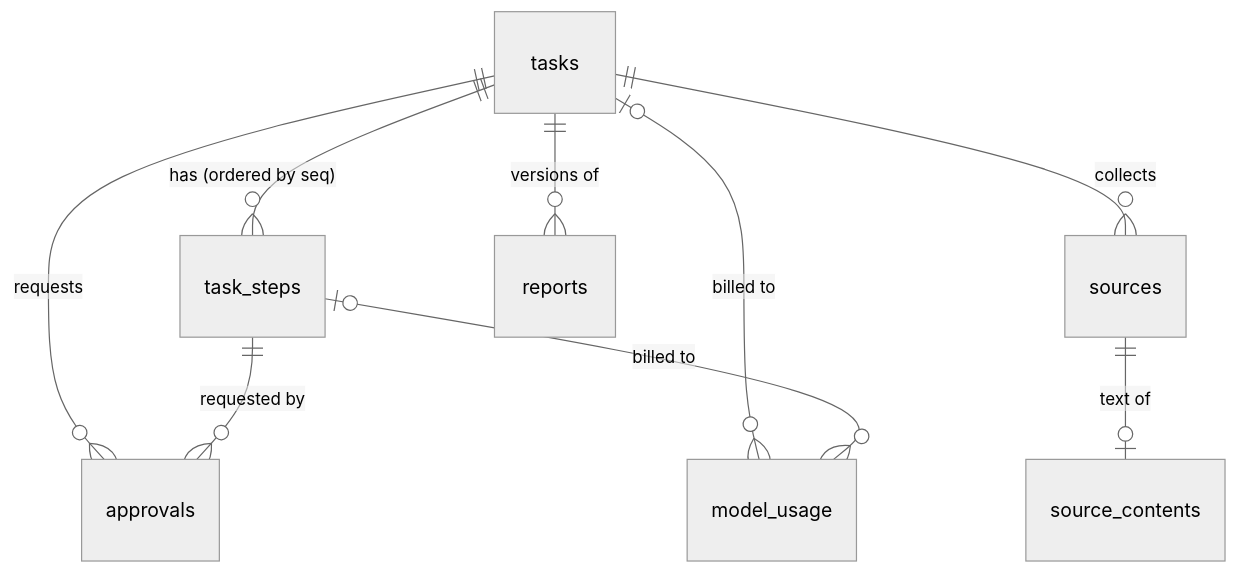
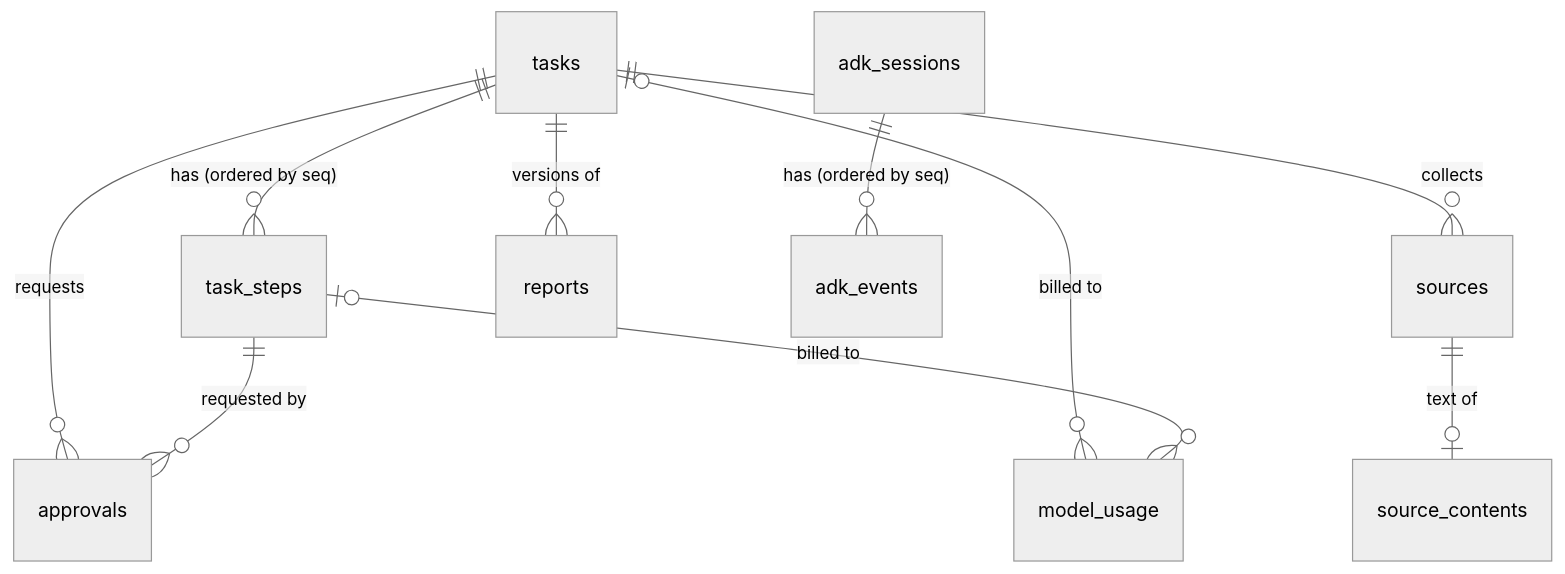
Before and after one commit to mimzand/autonomous-research-assistant: the first of 3 diagrams in packages/storage/SCHEMA.md, drawn with Mermaid (neutral theme). The commit also changed other lines of this file and 23 other files, not shown here.

````diff
--- a/packages/storage/SCHEMA.md
+++ b/packages/storage/SCHEMA.md
@@ -23,11 +23,12 @@
 ```mermaid
 erDiagram
   tasks ||--o{ task_steps : "has (ordered by seq)"
   tasks ||--o{ sources : collects
   sources ||--o| source_contents : "text of"
   tasks ||--o{ reports : "versions of"
   tasks ||--o{ approvals : requests
   task_steps ||--o{ approvals : "requested by"
   tasks |o--o{ model_usage : "billed to"
   task_steps |o--o{ model_usage : "billed to"
+  adk_sessions ||--o{ adk_events : "has (ordered by seq)"
 ```
````
